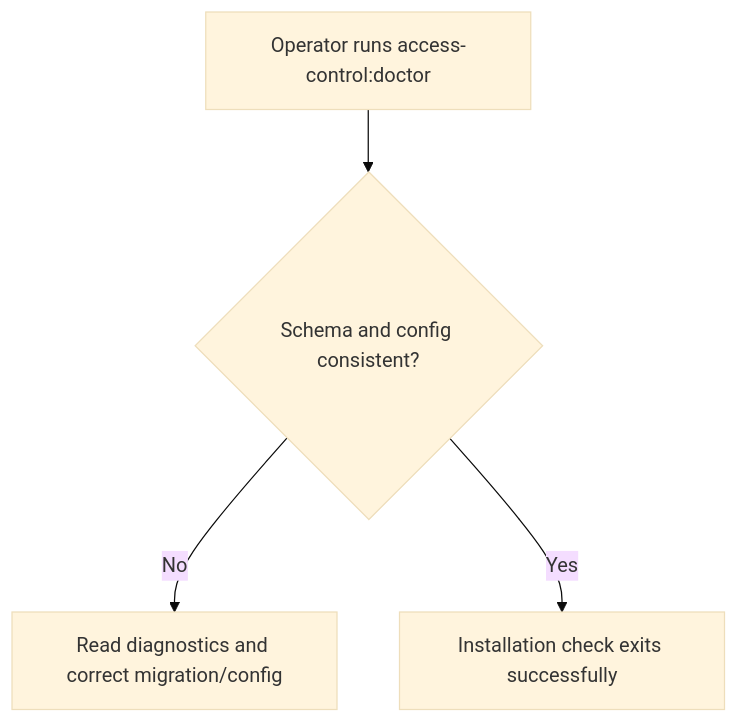
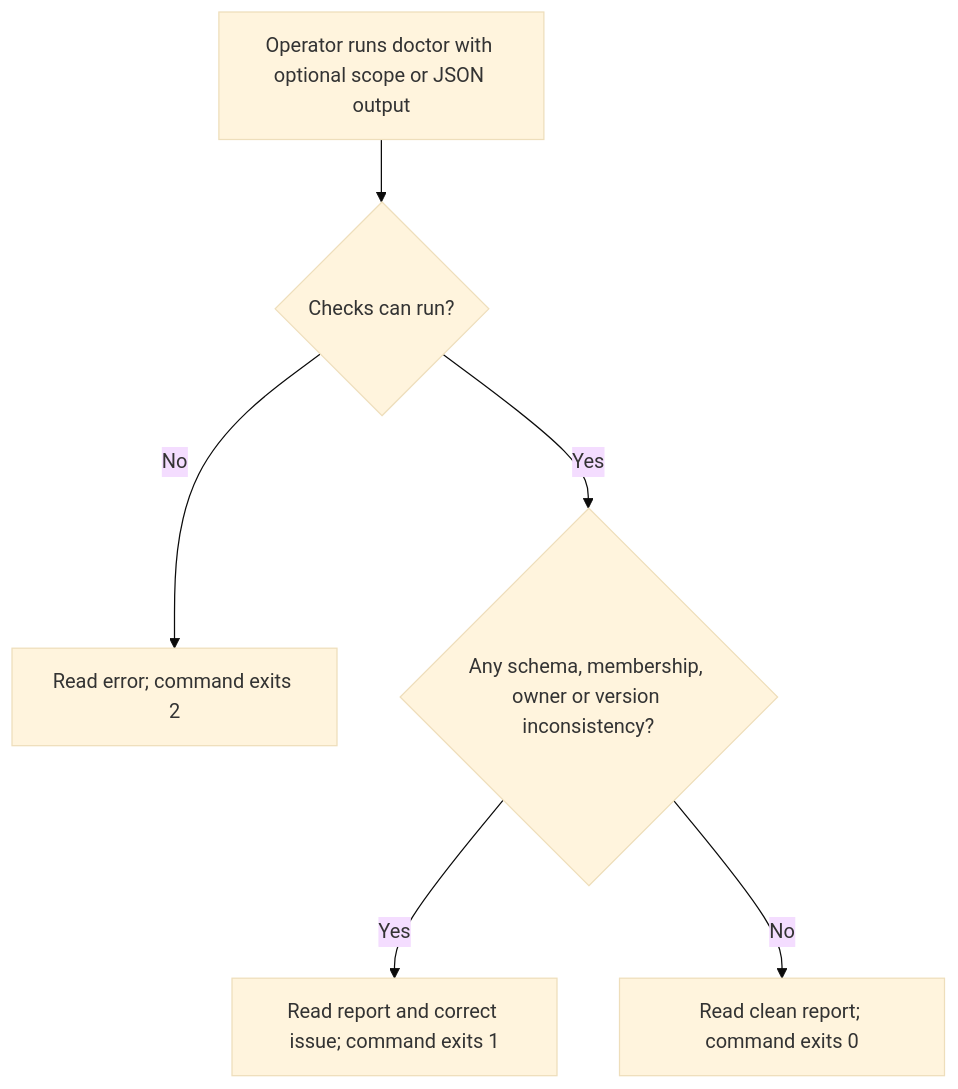
The first of 2 diagrams in user-stories/US-ACCESS-22-diagnose-installation.md (Kevinjohn/oss-adonisjs-access-control), drawn with Mermaid (base theme) before and after one commit. The commit also changed other lines of this file and 6 other files, not shown here.

Commit message:
Reconcile access catalogue diagnostics and transaction boundaries

````diff
--- a/user-stories/US-ACCESS-22-diagnose-installation.md
+++ b/user-stories/US-ACCESS-22-diagnose-installation.md
@@ -19,6 +23,8 @@
 ```mermaid
 flowchart TD
-    A["Operator runs access-control:doctor"] --> B{"Schema and config consistent?"}
-    B -->|No| C["Read diagnostics and correct migration/config"]
-    B -->|Yes| D["Installation check exits successfully"]
+    A["Operator runs doctor with optional scope or JSON output"] --> B{"Checks can run?"}
+    B -->|No| C["Read error; command exits 2"]
+    B -->|Yes| D{"Any schema, membership, owner or version inconsistency?"}
+    D -->|Yes| E["Read report and correct issue; command exits 1"]
+    D -->|No| F["Read clean report; command exits 0"]
 ```
````
